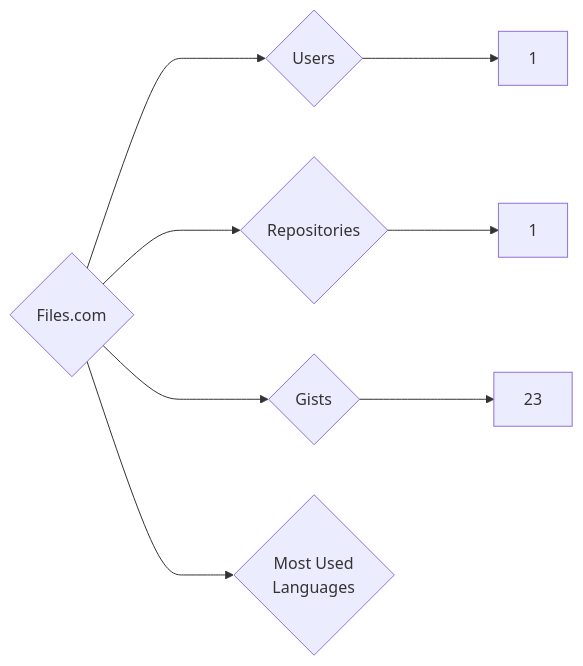
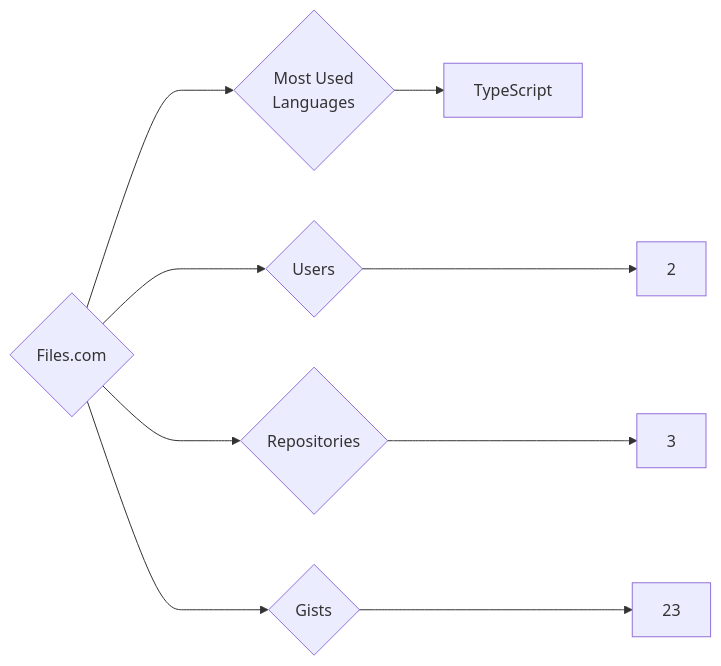
Before and after one commit to trickest/insiders: the diagram in targets/Files.com/README.md, drawn with Mermaid. The commit also changed 880 other files, not shown here.

````diff
--- a/targets/Files.com/README.md
+++ b/targets/Files.com/README.md
@@ -3,8 +3,9 @@
 ```mermaid
 graph LR
 COMPANY_NAME{Files.com}
-COMPANY_NAME ---> U{Users} ---> UN[1]
-COMPANY_NAME ---> R{Repositories} ---> RN[1]
+COMPANY_NAME ---> U{Users} ---> UN[2]
+COMPANY_NAME ---> R{Repositories} ---> RN[3]
 COMPANY_NAME ---> G{Gists} ---> GN[23]
 COMPANY_NAME ---> ML{Most Used<br>Languages}
+ML --> TypeScript[TypeScript]
 ```
````
